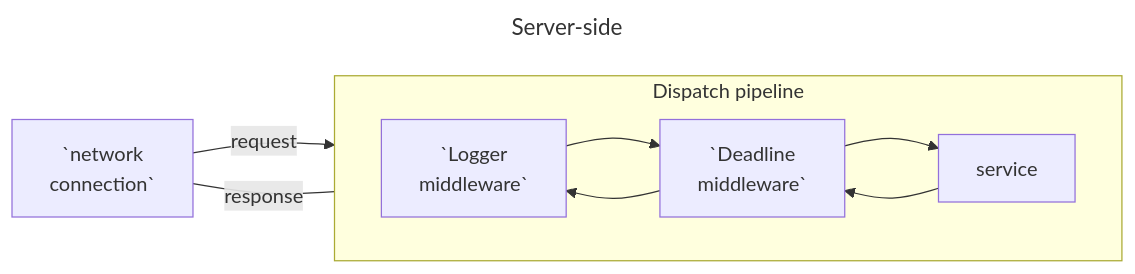
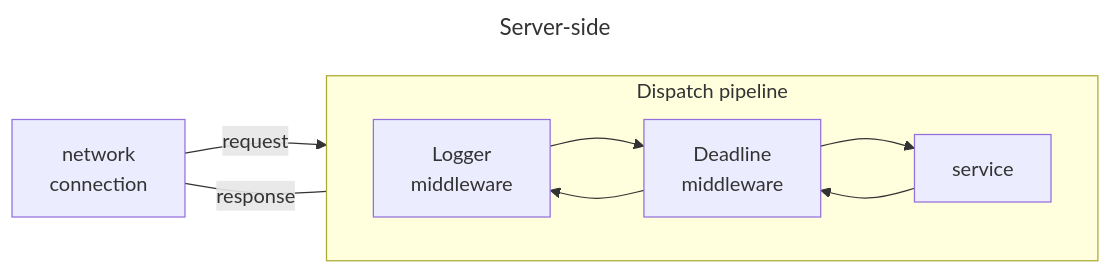
Before and after one commit to icerpc/icerpc-csharp: the second of 2 diagrams in README.md, drawn with Mermaid. The commit also changed other lines of this file, not shown here.

Commit message:
Fix mermaid diagrams

````diff
--- a/README.md
+++ b/README.md
@@ -93,13 +93,13 @@
 ```mermaid
 ---
 title: Server-side
 ---
 flowchart LR
     subgraph pipeline [Dispatch pipeline]
         direction LR
-        lm[`Logger\nmiddleware`] --> dm[`Deadline\nmiddleware`] --> service --> dm --> lm
+        lm[Logger<br>middleware] --> dm[Deadline<br>middleware] --> service --> dm --> lm
 
     end
-    connection[`network\nconnection`] -- request --> lm
+    connection[network<br>connection] -- request --> lm
     connection -- response --- lm
 ```
````
